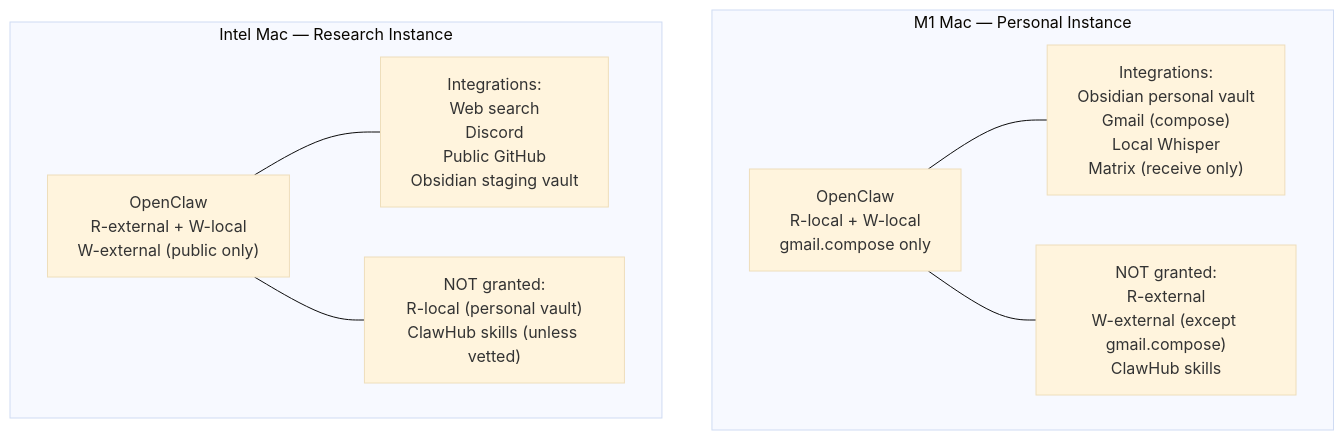
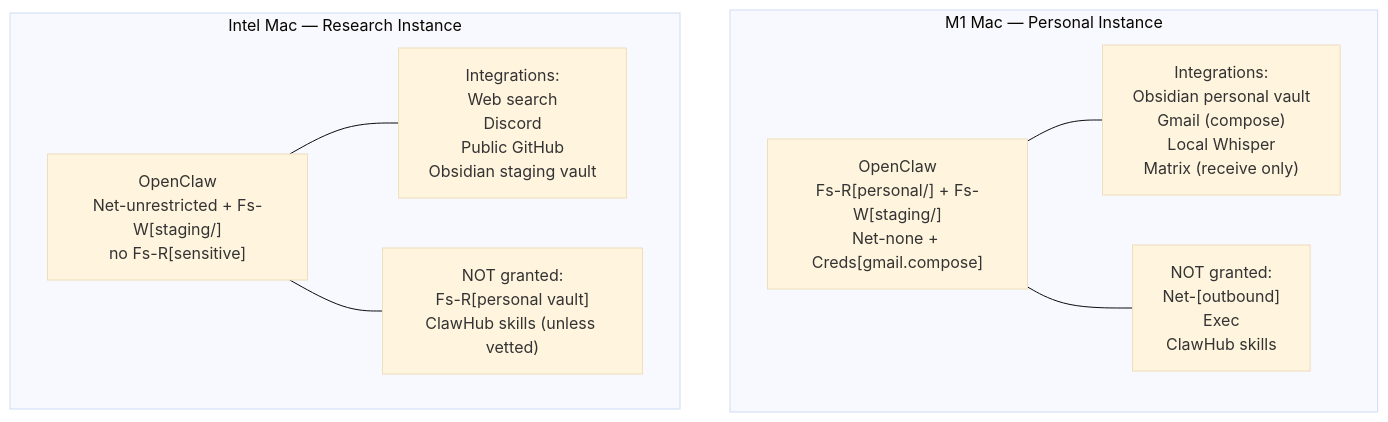
The first of 2 diagrams in docs/agent-security/openclaw-security.md (SiliconSaga/yggdrasil), drawn with Mermaid (base theme) before and after one commit. The commit also changed other lines of this file and 6 other files, not shown here.

````diff
--- a/docs/agent-security/openclaw-security.md
+++ b/docs/agent-security/openclaw-security.md
@@ -55,17 +55,17 @@
 ```mermaid
 flowchart TB
     subgraph "M1 Mac — Personal Instance"
-        m1["OpenClaw<br>R-local + W-local<br>gmail.compose only"]
+        m1["OpenClaw<br>Fs-R[personal/] + Fs-W[staging/]<br>Net-none + Creds[gmail.compose]"]
         m1_int["Integrations:<br>Obsidian personal vault<br>Gmail (compose)<br>Local Whisper<br>Matrix (receive only)"]
-        m1_no["NOT granted:<br>R-external<br>W-external (except gmail.compose)<br>ClawHub skills"]
+        m1_no["NOT granted:<br>Net-[outbound]<br>Exec<br>ClawHub skills"]
         m1 --- m1_int
         m1 --- m1_no
     end
     subgraph "Intel Mac — Research Instance"
-        intel["OpenClaw<br>R-external + W-local<br>W-external (public only)"]
+        intel["OpenClaw<br>Net-unrestricted + Fs-W[staging/]<br>no Fs-R[sensitive]"]
         intel_int["Integrations:<br>Web search<br>Discord<br>Public GitHub<br>Obsidian staging vault"]
-        intel_no["NOT granted:<br>R-local (personal vault)<br>ClawHub skills (unless vetted)"]
+        intel_no["NOT granted:<br>Fs-R[personal vault]<br>ClawHub skills (unless vetted)"]
         intel --- intel_int
         intel --- intel_no
     end
 ```
````
